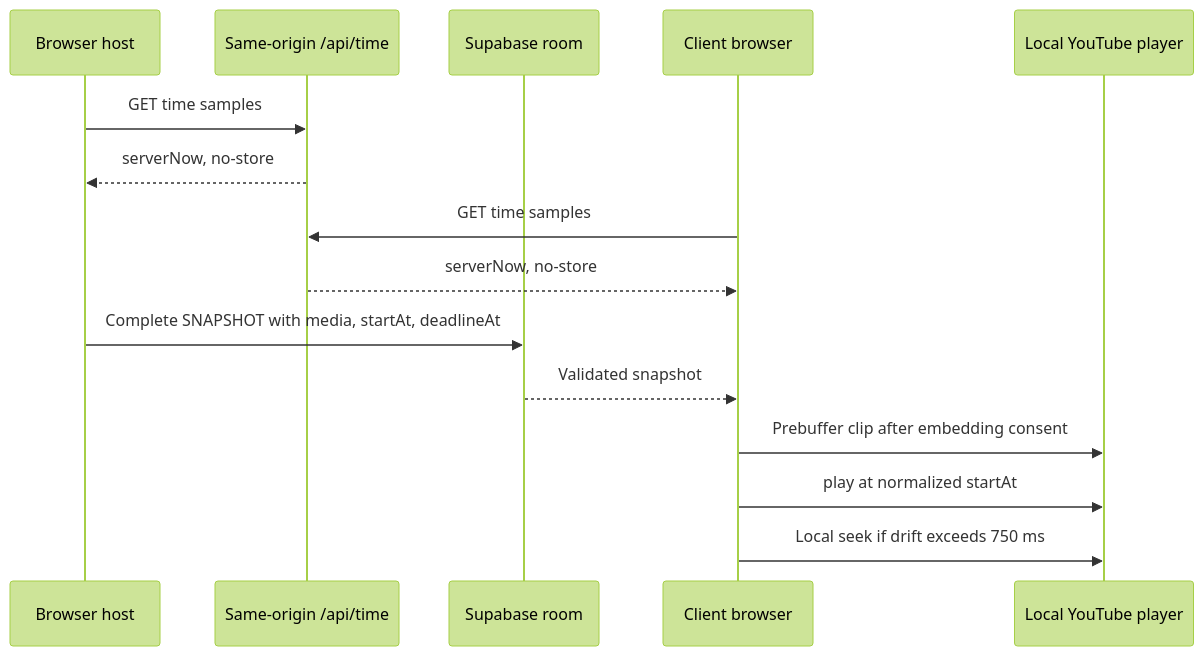
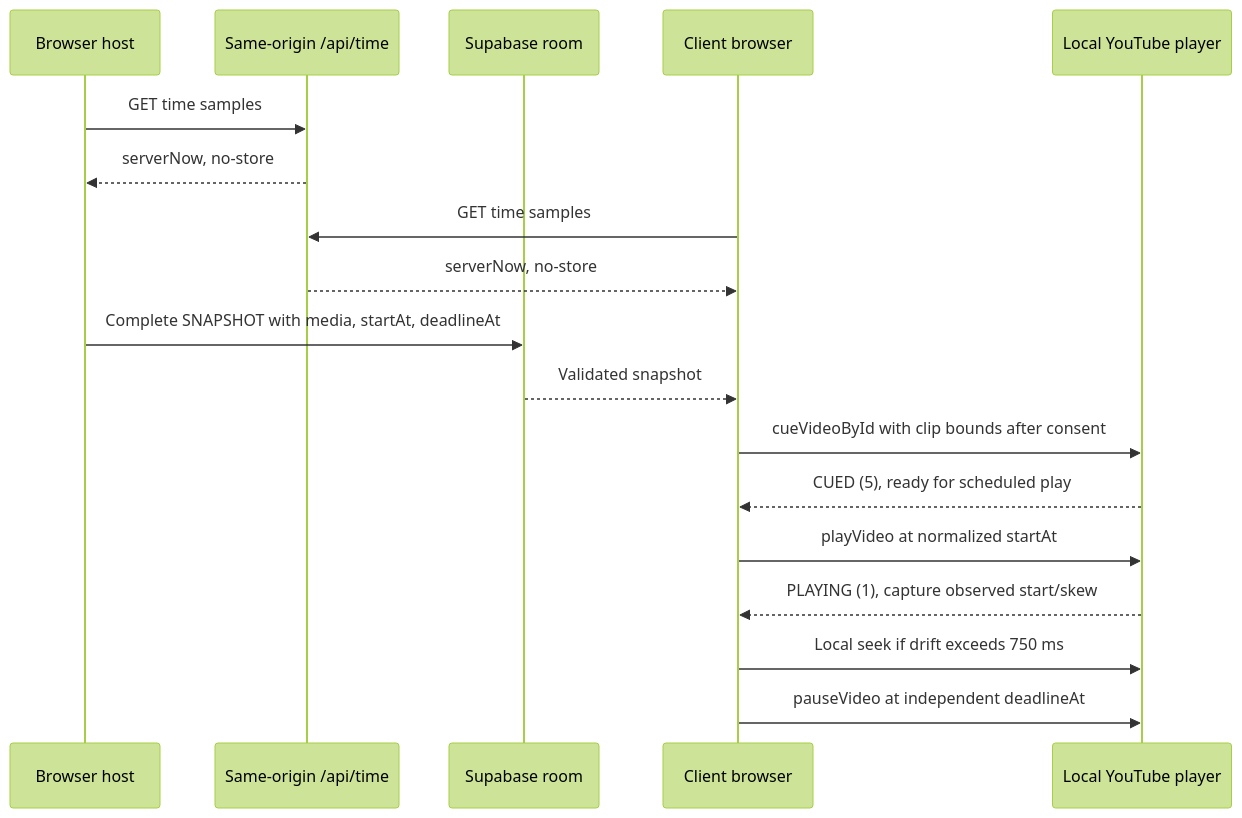
Before and after one commit to minercan42-ux/banger-roulette: the diagram in docs/ARCHITECTURE.md, drawn with Mermaid (forest theme). The commit also changed other lines of this file and 23 other files, not shown here.

````diff
--- a/docs/ARCHITECTURE.md
+++ b/docs/ARCHITECTURE.md
@@ -69,17 +69,20 @@
 ```mermaid
 sequenceDiagram
   participant H as Browser host
   participant T as Same-origin /api/time
   participant R as Supabase room
   participant C as Client browser
   participant Y as Local YouTube player
   H->>T: GET time samples
   T-->>H: serverNow, no-store
   C->>T: GET time samples
   T-->>C: serverNow, no-store
   H->>R: Complete SNAPSHOT with media, startAt, deadlineAt
   R-->>C: Validated snapshot
-  C->>Y: Prebuffer clip after embedding consent
-  C->>Y: play at normalized startAt
+  C->>Y: cueVideoById with clip bounds after consent
+  Y-->>C: CUED (5), ready for scheduled play
+  C->>Y: playVideo at normalized startAt
+  Y-->>C: PLAYING (1), capture observed start/skew
   C->>Y: Local seek if drift exceeds 750 ms
+  C->>Y: pauseVideo at independent deadlineAt
 ```
````
